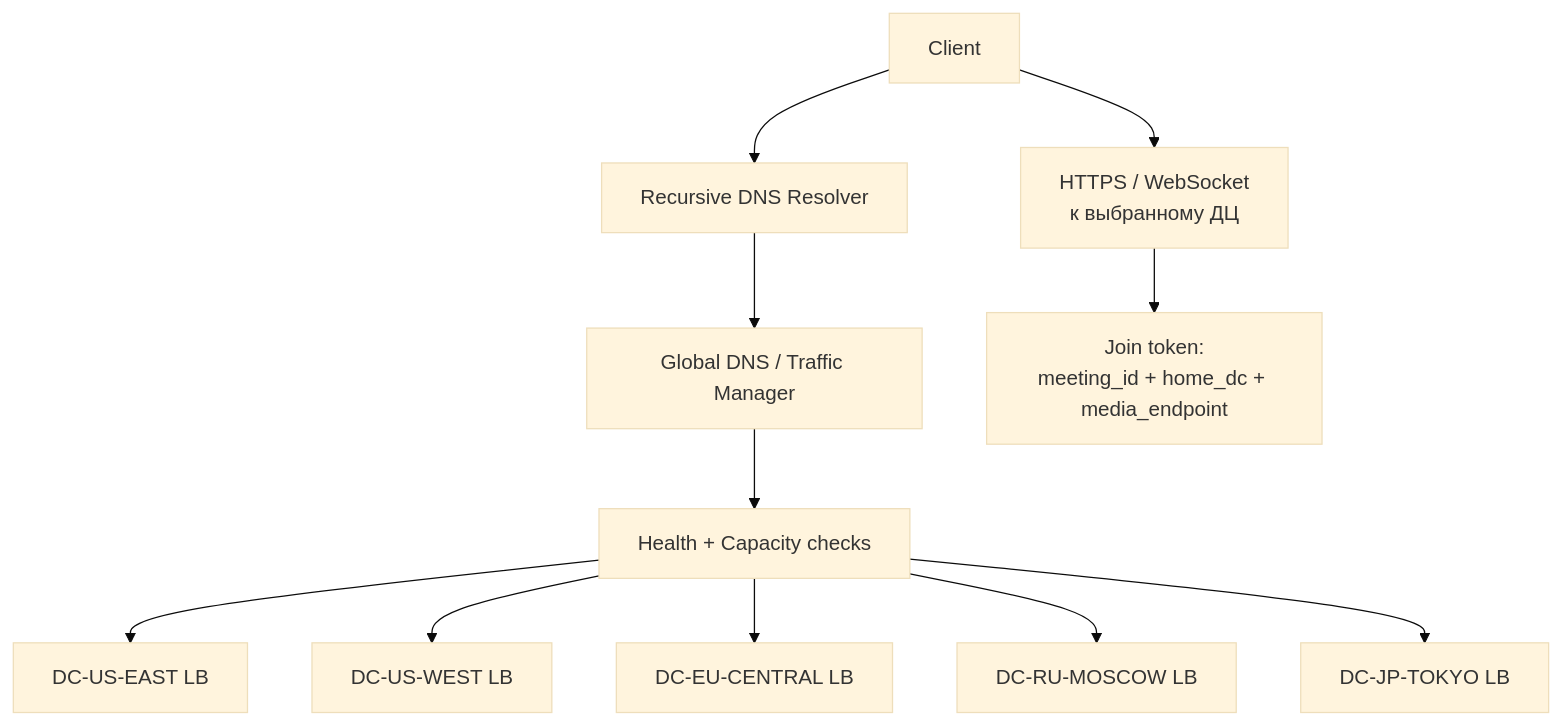
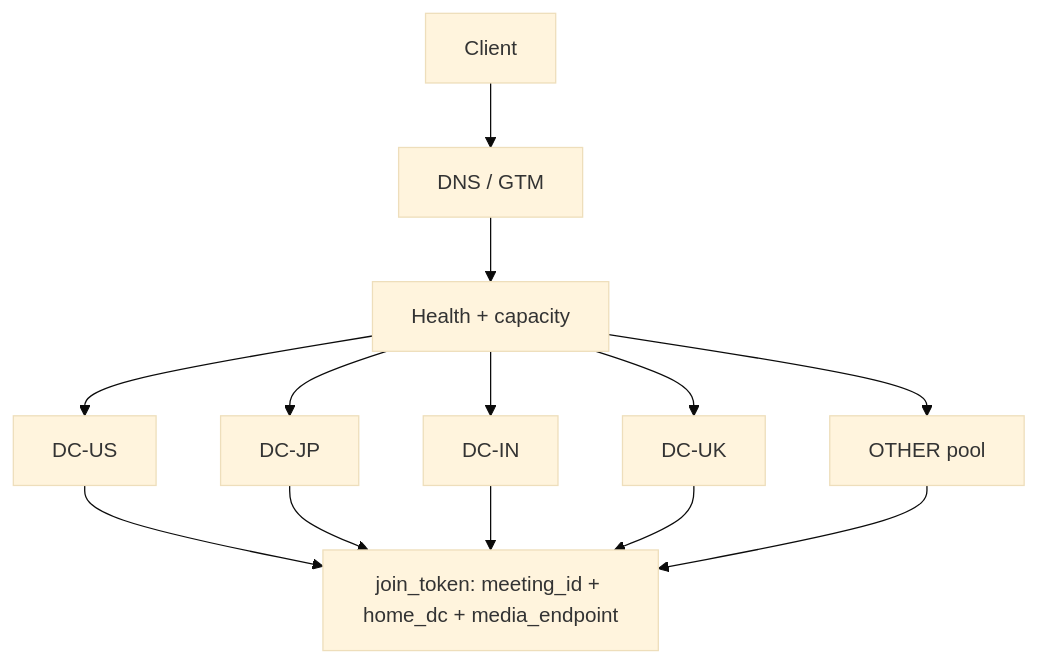
The second of 4 diagrams in README.md (Danykrane/system_design), drawn with Mermaid (base theme) before and after one commit. The commit also changed other lines of this file and 1 other file, not shown here.

````diff
--- a/README.md
+++ b/README.md
@@ -302,15 +297,15 @@
 ```mermaid
 flowchart TD
-    C["Client"] --> R["Recursive DNS Resolver"]
-    R --> GTM["Global DNS / Traffic Manager"]
-
-    GTM --> H["Health + Capacity checks"]
-    H --> USE["DC-US-EAST LB"]
-    H --> USW["DC-US-WEST LB"]
-    H --> EU["DC-EU-CENTRAL LB"]
-    H --> RU["DC-RU-MOSCOW LB"]
-    H --> JP["DC-JP-TOKYO LB"]
-
-    C --> API["HTTPS / WebSocket<br/>к выбранному ДЦ"]
-    API --> TOKEN["Join token:<br/>meeting_id + home_dc + media_endpoint"]
+    C["Client"] --> DNS["DNS / GTM"]
+    DNS --> H["Health + capacity"]
+    H --> US["DC-US"]
+    H --> JP["DC-JP"]
+    H --> IN["DC-IN"]
+    H --> UK["DC-UK"]
+    H --> O["OTHER pool"]
+    US --> T["join_token: meeting_id + home_dc + media_endpoint"]
+    JP --> T
+    IN --> T
+    UK --> T
+    O --> T
 ```
````
